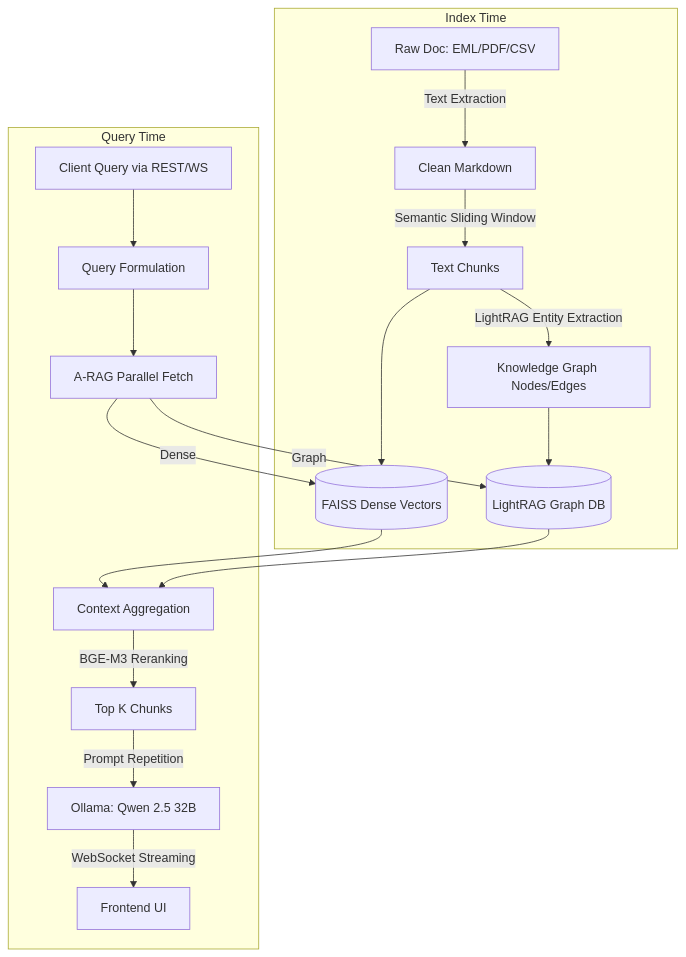
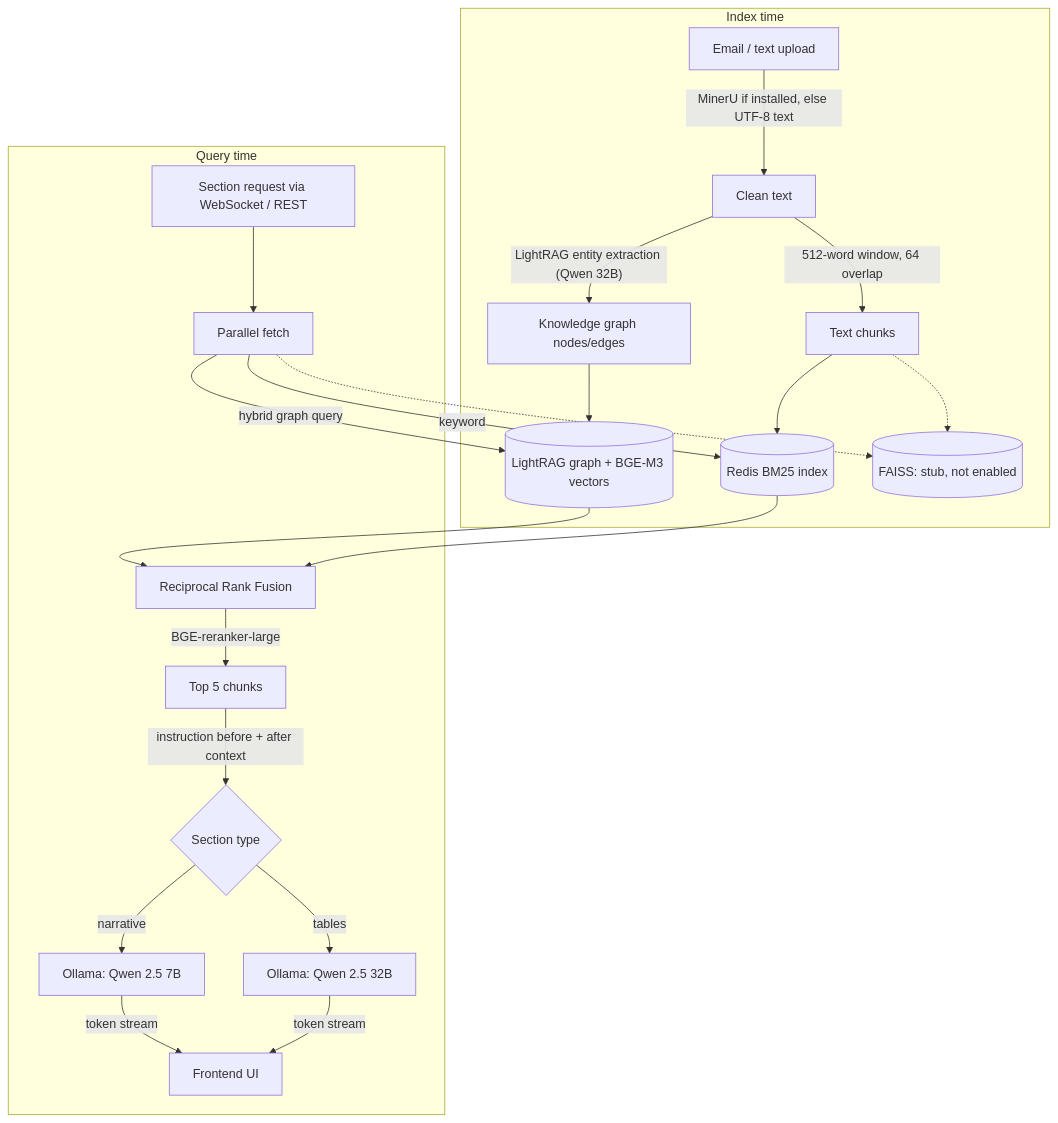
Before and after one commit to auraCodesKM/brdAgentBackend: the diagram in README.md, drawn with Mermaid. The commit also changed other lines of this file, not shown here.

````diff
--- a/README.md
+++ b/README.md
@@ -306,21 +104,24 @@
 ```mermaid
 graph TD
-    subgraph Ingestion["Index Time"]
-        A["Raw Doc: EML/PDF/CSV"] -->|Text Extraction| B["Clean Markdown"]
-        B -->|Semantic Sliding Window| C["Text Chunks"]
-        C -->|LightRAG Entity Extraction| D["Knowledge Graph Nodes/Edges"]
-        C --> F[("FAISS Dense Vectors")]
-        D --> H[("LightRAG Graph DB")]
+    subgraph Ingestion["Index time"]
+        A["Email / text upload"] -->|"MinerU if installed, else UTF-8 text"| B["Clean text"]
+        B -->|"512-word window, 64 overlap"| C["Text chunks"]
+        B -->|"LightRAG entity extraction (Qwen 32B)"| D["Knowledge graph nodes/edges"]
+        D --> H[("LightRAG graph + BGE-M3 vectors")]
+        C --> K[("Redis BM25 index")]
+        C -.-> F[("FAISS: stub, not enabled")]
     end
 
-    subgraph Generation["Query Time"]
-        I["Client Query via REST/WS"] --> L["Query Formulation"]
-        L --> M["A-RAG Parallel Fetch"]
-        M -->|Dense| F
-        M -->|Graph| H
-        F & H --> N["Context Aggregation"]
-        N -->|BGE-M3 Reranking| O["Top K Chunks"]
-        O -->|Prompt Repetition| R["Ollama: Qwen 2.5 32B"]
-        R -->|WebSocket Streaming| S["Frontend UI"]
+    subgraph Generation["Query time"]
+        I["Section request via WebSocket / REST"] --> M["Parallel fetch"]
+        M -->|"hybrid graph query"| H
+        M -->|"keyword"| K
+        M -.-> F
+        H & K --> N["Reciprocal Rank Fusion"]
+        N -->|"BGE-reranker-large"| O["Top 5 chunks"]
+        O -->|"instruction before + after context"| R{"Section type"}
+        R -->|"narrative"| R7["Ollama: Qwen 2.5 7B"]
+        R -->|"tables"| R32["Ollama: Qwen 2.5 32B"]
+        R7 & R32 -->|"token stream"| S["Frontend UI"]
     end
 ```
````
